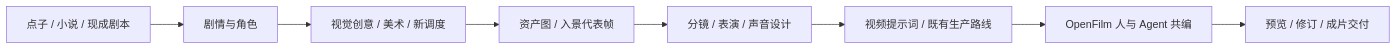
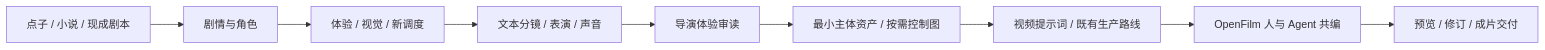
Before and after one commit to Carbon-Glitch/short-drama: the diagram in README.md, drawn with Mermaid. The commit also changed other lines of this file and 51 other files, not shown here.

````diff
--- a/README.md
+++ b/README.md
@@ -86,10 +86,11 @@
 ```mermaid
 flowchart LR
   A[点子 / 小说 / 现成剧本] --> B[剧情与角色]
-  B --> C[视觉创意 / 美术 / 新调度]
-  C --> D[资产图 / 入景代表帧]
-  D --> E[分镜 / 表演 / 声音设计]
-  E --> F[视频提示词 / 既有生产路线]
-  F --> G[OpenFilm 人与 Agent 共编]
-  G --> H[预览 / 修订 / 成片交付]
+  B --> C[体验 / 视觉 / 新调度]
+  C --> D[文本分镜 / 表演 / 声音]
+  D --> E[导演体验审读]
+  E --> F[最小主体资产 / 按需控制图]
+  F --> G[视频提示词 / 既有生产路线]
+  G --> H[OpenFilm 人与 Agent 共编]
+  H --> I[预览 / 修订 / 成片交付]
 ```
````
